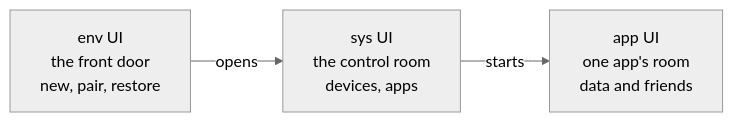
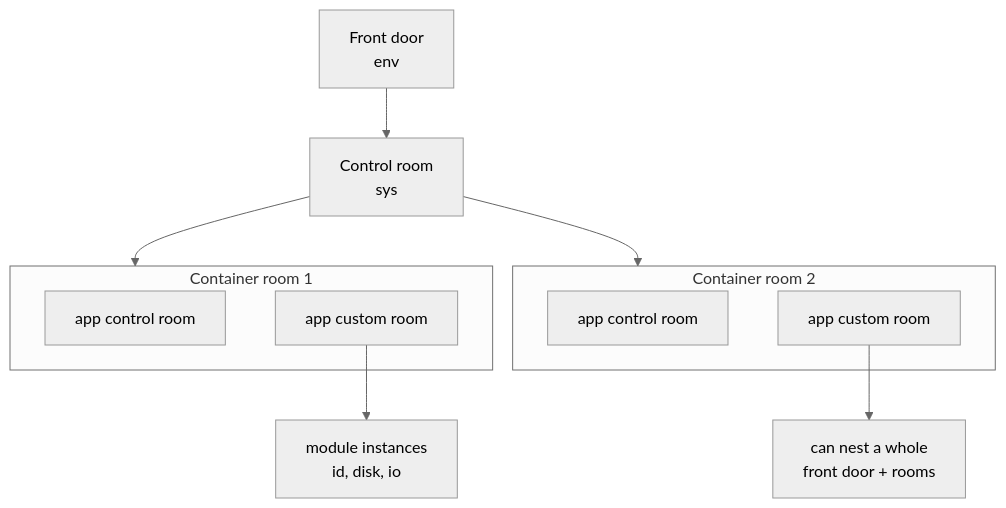
One commit to playproject-io/datashell changed the second of 3 diagrams in PROPOSAL.md. Above: the diagram before and after it, drawn with Mermaid (neutral theme). The commit also changed other lines of this file, not shown here.

Commit message:
docs: ideal structure with rooms, nesting, modules/instances and multiple users

````diff
--- a/PROPOSAL.md
+++ b/PROPOSAL.md
@@ -678,5 +686,16 @@
 ```mermaid
-flowchart LR
-  ENV["env UI<br/>the front door<br/>new, pair, restore"] -->|"opens"| SYS["sys UI<br/>the control room<br/>devices, apps"]
-  SYS -->|"starts"| APP["app UI<br/>one app's room<br/>data and friends"]
+flowchart TD
+  ENV["Front door<br/>env"] --> SYS["Control room<br/>sys"]
+  SYS --> C1
+  SYS --> C2
+  subgraph C1["Container room 1"]
+    AC1["app control room"]
+    AU1["app custom room"]
+  end
+  subgraph C2["Container room 2"]
+    AC2["app control room"]
+    AU2["app custom room"]
+  end
+  AU1 --> M1["module instances<br/>id, disk, io"]
+  AU2 --> X["can nest a whole<br/>front door + rooms"]
 ```
````
